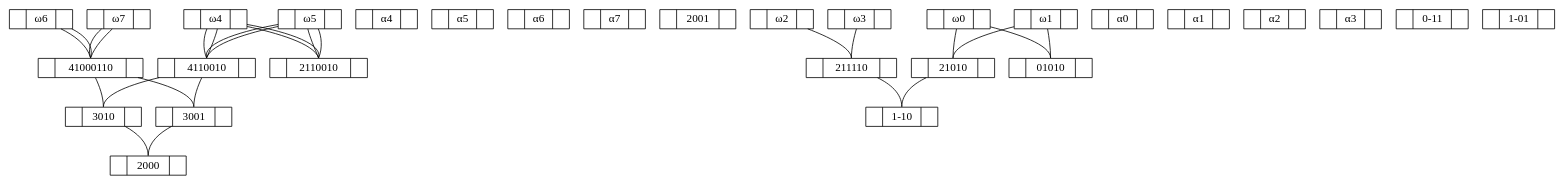
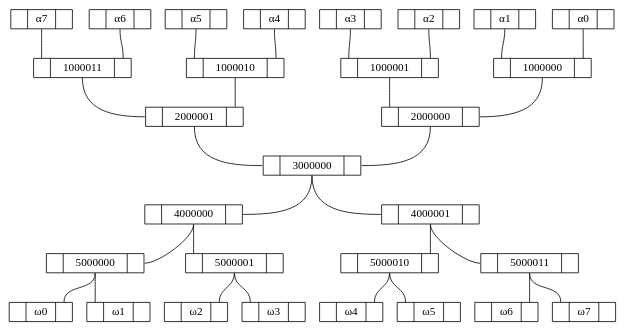
Before and after one commit to grootstebozewolf/networks: the diagram in 8 binairy tree general.gv.dot, drawn with Graphviz. The commit also changed 7 other files, not shown here.

```diff
--- a/8 binairy tree general.gv.dot
+++ b/8 binairy tree general.gv.dot
@@ -1,178 +1,180 @@
 graph "8 binairy tree general" {
-	graph [bb="0,0,1774,204"];
+	graph [bb="0,0,710,384"];
 	node [height=.1,
 		label="\N",
 		shape=record
 	];
-	3010	 [height=0.33333,
-		label="<f0> |<f1> 3010|<f2>",
-		pos="113.5,72",
-		rects="71.5,60.5,91.5,83.5 91.5,60.5,135.5,83.5 135.5,60.5,155.5,83.5",
-		width=1.1667];
-	2000	 [height=0.33333,
-		label="<f0> |<f1> 2000|<f2>",
-		pos="164.5,12",
-		rects="122.5,0.5,142.5,23.5 142.5,0.5,186.5,23.5 186.5,0.5,206.5,23.5",
-		width=1.1667];
-	3010 -- 2000:f1	 [pos="136.61,60.495 150.11,52.616 164.5,40.375 164.5,24"];
-	4110010	 [height=0.33333,
-		label="<f0> |<f1> 4110010|<f2>",
-		pos="227.5,132",
-		rects="175.5,120.5,195.5,143.5 195.5,120.5,259.5,143.5 259.5,120.5,279.5,143.5",
+	α000000	 [height=0.33333,
+		label="<f0> |<f1> α0|<f2>",
+		pos="666.5,372",
+		rects="631,360.5,651,383.5 651,360.5,682,383.5 682,360.5,702,383.5",
+		width=0.98611];
+	1000000	 [height=0.33333,
+		label="<f0> |<f1> 1000000|<f2>",
+		pos="619.5,312",
+		rects="567.5,300.5,587.5,323.5 587.5,300.5,651.5,323.5 651.5,300.5,671.5,323.5",
 		width=1.4444];
-	4110010 -- 3010:f1	 [pos="180.14,120.47 148.82,112.09 113.5,99.253 113.5,84"];
-	3001	 [height=0.33333,
-		label="<f0> |<f1> 3001|<f2>",
-		pos="215.5,72",
-		rects="173.5,60.5,193.5,83.5 193.5,60.5,237.5,83.5 237.5,60.5,257.5,83.5",
-		width=1.1667];
-	4110010 -- 3001:f1	 [pos="223.17,120.37 219.73,110.97 215.5,96.801 215.5,84"];
-	ω100	 [height=0.33333,
+	α000000:f1 -- 1000000:f2	 [pos="666.5,360 666.5,343.85 661.5,340.15 661.5,324"];
+	2000000	 [height=0.33333,
+		label="<f0> |<f1> 2000000|<f2>",
+		pos="485.5,252",
+		rects="433.5,240.5,453.5,263.5 453.5,240.5,517.5,263.5 517.5,240.5,537.5,263.5",
+		width=1.4444];
+	1000000:f1 -- 2000000:f2	 [pos="619.5,300 619.5,258.15 580.35,252 538.5,252"];
+	α000001	 [height=0.33333,
+		label="<f0> |<f1> α1|<f2>",
+		pos="577.5,372",
+		rects="542,360.5,562,383.5 562,360.5,593,383.5 593,360.5,613,383.5",
+		width=0.98611];
+	α000001:f1 -- 1000000:f0	 [pos="577.5,360 577.5,344 577.5,340 577.5,324"];
+	α000010	 [height=0.33333,
+		label="<f0> |<f1> α2|<f2>",
+		pos="488.5,372",
+		rects="453,360.5,473,383.5 473,360.5,504,383.5 504,360.5,524,383.5",
+		width=0.98611];
+	1000001	 [height=0.33333,
+		label="<f0> |<f1> 1000001|<f2>",
+		pos="443.5,312",
+		rects="391.5,300.5,411.5,323.5 411.5,300.5,475.5,323.5 475.5,300.5,495.5,323.5",
+		width=1.4444];
+	α000010:f1 -- 1000001:f2	 [pos="488.5,360 488.5,343.94 485.5,340.06 485.5,324"];
+	1000001:f1 -- 2000000:f0	 [pos="443.5,300 443.5,284 443.5,280 443.5,264"];
+	α000011	 [height=0.33333,
+		label="<f0> |<f1> α3|<f2>",
+		pos="399.5,372",
+		rects="364,360.5,384,383.5 384,360.5,415,383.5 415,360.5,435,383.5",
+		width=0.98611];
+	α000011:f1 -- 1000001:f0	 [pos="399.5,360 399.5,343.98 401.5,340.02 401.5,324"];
+	α000100	 [height=0.33333,
+		label="<f0> |<f1> α4|<f2>",
+		pos="310.5,372",
+		rects="275,360.5,295,383.5 295,360.5,326,383.5 326,360.5,346,383.5",
+		width=0.98611];
+	1000010	 [height=0.33333,
+		label="<f0> |<f1> 1000010|<f2>",
+		pos="265.5,312",
+		rects="213.5,300.5,233.5,323.5 233.5,300.5,297.5,323.5 297.5,300.5,317.5,323.5",
+		width=1.4444];
+	α000100:f1 -- 1000010:f2	 [pos="310.5,360 310.5,343.94 307.5,340.06 307.5,324"];
+	2000001	 [height=0.33333,
+		label="<f0> |<f1> 2000001|<f2>",
+		pos="223.5,252",
+		rects="171.5,240.5,191.5,263.5 191.5,240.5,255.5,263.5 255.5,240.5,275.5,263.5",
+		width=1.4444];
+	1000010:f1 -- 2000001:f2	 [pos="265.5,300 265.5,284 265.5,280 265.5,264"];
+	α000101	 [height=0.33333,
+		label="<f0> |<f1> α5|<f2>",
+		pos="221.5,372",
+		rects="186,360.5,206,383.5 206,360.5,237,383.5 237,360.5,257,383.5",
+		width=0.98611];
+	α000101:f1 -- 1000010:f0	 [pos="221.5,360 221.5,343.98 223.5,340.02 223.5,324"];
+	α000110	 [height=0.33333,
+		label="<f0> |<f1> α6|<f2>",
+		pos="132.5,372",
+		rects="97,360.5,117,383.5 117,360.5,148,383.5 148,360.5,168,383.5",
+		width=0.98611];
+	1000011	 [height=0.33333,
+		label="<f0> |<f1> 1000011|<f2>",
+		pos="90.5,312",
+		rects="38.5,300.5,58.5,323.5 58.5,300.5,122.5,323.5 122.5,300.5,142.5,323.5",
+		width=1.4444];
+	α000110:f1 -- 1000011:f2	 [pos="132.5,360 132.5,344 132.5,340 132.5,324"];
+	1000011:f1 -- 2000001:f0	 [pos="90.5,300 90.5,258.54 129.04,252 170.5,252"];
+	α000111	 [height=0.33333,
+		label="<f0> |<f1> α7|<f2>",
+		pos="43.5,372",
+		rects="8,360.5,28,383.5 28,360.5,59,383.5 59,360.5,79,383.5",
+		width=0.98611];
+	α000111:f1 -- 1000011:f0	 [pos="43.5,360 43.5,343.85 48.5,340.15 48.5,324"];
+	ω000000	 [height=0.33333,
+		label="<f0> |<f1> ω0|<f2>",
+		pos="36.5,12",
+		rects="0,0.5,20,23.5 20,0.5,53,23.5 53,0.5,73,23.5",
+		width=1.0139];
+	ω000001	 [height=0.33333,
+		label="<f0> |<f1> ω1|<f2>",
+		pos="127.5,12",
+		rects="91,0.5,111,23.5 111,0.5,144,23.5 144,0.5,164,23.5",
+		width=1.0139];
+	ω000010	 [height=0.33333,
+		label="<f0> |<f1> ω2|<f2>",
+		pos="218.5,12",
+		rects="182,0.5,202,23.5 202,0.5,235,23.5 235,0.5,255,23.5",
+		width=1.0139];
+	ω000011	 [height=0.33333,
+		label="<f0> |<f1> ω3|<f2>",
+		pos="309.5,12",
+		rects="273,0.5,293,23.5 293,0.5,326,23.5 326,0.5,346,23.5",
+		width=1.0139];
+	ω000100	 [height=0.33333,
 		label="<f0> |<f1> ω4|<f2>",
-		pos="235.5,192",
-		rects="199,180.5,219,203.5 219,180.5,252,203.5 252,180.5,272,203.5",
+		pos="400.5,12",
+		rects="364,0.5,384,23.5 384,0.5,417,23.5 417,0.5,437,23.5",
 		width=1.0139];
-	ω100 -- 4110010:f1	 [pos="226.1,180.26 222.81,170.79 222.16,156.58 227.5,144"];
-	ω100 -- 4110010:f1	 [pos="239.12,180.26 237.85,170.87 232.92,156.8 227.63,144.3"];
-	2110010	 [height=0.33333,
-		label="<f0> |<f1> 2110010|<f2>",
-		pos="349.5,132",
-		rects="297.5,120.5,317.5,143.5 317.5,120.5,381.5,143.5 381.5,120.5,401.5,143.5",
+	ω000101	 [height=0.33333,
+		label="<f0> |<f1> ω5|<f2>",
+		pos="491.5,12",
+		rects="455,0.5,475,23.5 475,0.5,508,23.5 508,0.5,528,23.5",
+		width=1.0139];
+	ω000110	 [height=0.33333,
+		label="<f0> |<f1> ω6|<f2>",
+		pos="582.5,12",
+		rects="546,0.5,566,23.5 566,0.5,599,23.5 599,0.5,619,23.5",
+		width=1.0139];
+	ω000111	 [height=0.33333,
+		label="<f0> |<f1> ω7|<f2>",
+		pos="673.5,12",
+		rects="637,0.5,657,23.5 657,0.5,690,23.5 690,0.5,710,23.5",
+		width=1.0139];
+	3000000	 [height=0.33333,
+		label="<f0> |<f1> 3000000|<f2>",
+		pos="354.5,192",
+		rects="302.5,180.5,322.5,203.5 322.5,180.5,386.5,203.5 386.5,180.5,406.5,203.5",
 		width=1.4444];
-	ω100 -- 2110010:f1	 [pos="272.03,181.59 303.45,173.25 344.26,159.95 349.5,144"];
-	ω100 -- 2110010:f1	 [pos="272.11,184.67 307.5,176.84 354.7,162.32 349.63,144.42"];
-	ω101	 [height=0.33333,
-		label="<f0> |<f1> ω5|<f2>",
-		pos="341.5,192",
-		rects="305,180.5,325,203.5 325,180.5,358,203.5 358,180.5,378,203.5",
-		width=1.0139];
-	ω101 -- 4110010:f1	 [pos="304.89,184.67 269.22,176.78 221.56,162.09 227.5,144"];
-	ω101 -- 4110010:f1	 [pos="304.97,181.59 273.79,173.32 233.38,160.16 227.63,144.37"];
-	ω101 -- 2110010:f1	 [pos="337.88,180.26 339.17,170.79 344.16,156.58 349.5,144"];
-	ω101 -- 2110010:f1	 [pos="350.9,180.26 354.17,170.87 354.83,156.8 349.62,144.3"];
-	α100	 [height=0.33333,
-		label="<f0> |<f1> α4|<f2>",
-		pos="431.5,192",
-		rects="396,180.5,416,203.5 416,180.5,447,203.5 447,180.5,467,203.5",
-		width=0.98611];
-	α101	 [height=0.33333,
-		label="<f0> |<f1> α5|<f2>",
-		pos="520.5,192",
-		rects="485,180.5,505,203.5 505,180.5,536,203.5 536,180.5,556,203.5",
-		width=0.98611];
-	41000110	 [height=0.33333,
-		label="<f0> |<f1> 41000110|<f2>",
-		pos="101.5,132",
-		rects="46,120.5,66,143.5 66,120.5,137,143.5 137,120.5,157,143.5",
-		width=1.5417];
-	41000110 -- 3010:f1	 [pos="105.83,120.37 109.27,110.97 113.5,96.801 113.5,84"];
-	41000110 -- 3001:f1	 [pos="148.86,120.47 180.18,112.09 215.5,99.253 215.5,84"];
-	ω110	 [height=0.33333,
-		label="<f0> |<f1> ω6|<f2>",
-		pos="36.5,192",
-		rects="0,180.5,20,203.5 20,180.5,53,203.5 53,180.5,73,203.5",
-		width=1.0139];
-	ω110 -- 41000110:f1	 [pos="63.396,180.35 79.359,173.02 97.105,161.41 101.5,144"];
-	ω110 -- 41000110:f1	 [pos="73.066,182.03 90.278,174.9 106,162.99 101.61,144.44"];
-	ω111	 [height=0.33333,
-		label="<f0> |<f1> ω7|<f2>",
-		pos="127.5,192",
-		rects="91,180.5,111,203.5 111,180.5,144,203.5 144,180.5,164,203.5",
-		width=1.0139];
-	ω111 -- 41000110:f1	 [pos="110.94,180.33 102.79,171.35 96.297,157.8 101.5,144"];
-	ω111 -- 41000110:f1	 [pos="124.11,180.33 117.64,171.42 106.87,158.01 101.62,144.32"];
-	α110	 [height=0.33333,
-		label="<f0> |<f1> α6|<f2>",
-		pos="609.5,192",
-		rects="574,180.5,594,203.5 594,180.5,625,203.5 625,180.5,645,203.5",
-		width=0.98611];
-	α111	 [height=0.33333,
-		label="<f0> |<f1> α7|<f2>",
-		pos="698.5,192",
-		rects="663,180.5,683,203.5 683,180.5,714,203.5 714,180.5,734,203.5",
-		width=0.98611];
-	2001	 [height=0.33333,
-		label="<f0> |<f1> 2001|<f2>",
-		pos="794.5,192",
-		rects="752.5,180.5,772.5,203.5 772.5,180.5,816.5,203.5 816.5,180.5,836.5,203.5",
-		width=1.1667];
-	3001 -- 2000:f1	 [pos="192.39,60.495 178.89,52.616 164.5,40.375 164.5,24"];
-	21010	 [height=0.33333,
-		label="<f0> |<f1> 21010|<f2>",
-		pos="1083.5,132",
-		rects="1038.5,120.5,1058.5,143.5 1058.5,120.5,1108.5,143.5 1108.5,120.5,1128.5,143.5",
-		width=1.25];
-	"1-10"	 [height=0.33333,
-		label="<f0> |<f1> 1-10|<f2>",
-		pos="1027.5,72",
-		rects="987,60.5,1007,83.5 1007,60.5,1048,83.5 1048,60.5,1068,83.5",
-		width=1.125];
-	21010 -- "1-10":f1	 [pos="1056.8,120.39 1042.4,112.73 1027.5,100.75 1027.5,84"];
-	ω000	 [height=0.33333,
-		label="<f0> |<f1> ω0|<f2>",
-		pos="1088.5,192",
-		rects="1052,180.5,1072,203.5 1072,180.5,1105,203.5 1105,180.5,1125,203.5",
-		width=1.0139];
-	ω000 -- 21010:f1	 [pos="1086.7,180.21 1085.3,170.7 1083.5,156.47 1083.5,144"];
-	01010	 [height=0.33333,
-		label="<f0> |<f1> 01010|<f2>",
-		pos="1191.5,132",
-		rects="1146.5,120.5,1166.5,143.5 1166.5,120.5,1216.5,143.5 1216.5,120.5,1236.5,143.5",
-		width=1.25];
-	ω000 -- 01010:f1	 [pos="1125.1,181.6 1154.7,172.89 1191.5,159.04 1191.5,144"];
-	ω001	 [height=0.33333,
-		label="<f0> |<f1> ω1|<f2>",
-		pos="1183.5,192",
-		rects="1147,180.5,1167,203.5 1167,180.5,1200,203.5 1200,180.5,1220,203.5",
-		width=1.0139];
-	ω001 -- 21010:f1	 [pos="1146.8,181.08 1118.3,172.23 1083.5,158.48 1083.5,144"];
-	ω001 -- 01010:f1	 [pos="1186.4,180.26 1188.7,170.79 1191.5,156.58 1191.5,144"];
-	α000	 [height=0.33333,
-		label="<f0> |<f1> α0|<f2>",
-		pos="1273.5,192",
-		rects="1238,180.5,1258,203.5 1258,180.5,1289,203.5 1289,180.5,1309,203.5",
-		width=0.98611];
-	α001	 [height=0.33333,
-		label="<f0> |<f1> α1|<f2>",
-		pos="1362.5,192",
-		rects="1327,180.5,1347,203.5 1347,180.5,1378,203.5 1378,180.5,1398,203.5",
-		width=0.98611];
-	211110	 [height=0.33333,
-		label="<f0> |<f1> 211110|<f2>",
-		pos="971.5,132",
-		rects="923,120.5,943,143.5 943,120.5,1000,143.5 1000,120.5,1020,143.5",
-		width=1.3472];
-	211110 -- "1-10":f1	 [pos="998.19,120.39 1012.6,112.73 1027.5,100.75 1027.5,84"];
-	ω010	 [height=0.33333,
-		label="<f0> |<f1> ω2|<f2>",
-		pos="891.5,192",
-		rects="855,180.5,875,203.5 875,180.5,908,203.5 908,180.5,928,203.5",
-		width=1.0139];
-	ω010 -- 211110:f1	 [pos="919.48,180.47 942.55,170.89 971.5,156.4 971.5,144"];
-	ω011	 [height=0.33333,
-		label="<f0> |<f1> ω3|<f2>",
-		pos="982.5,192",
-		rects="946,180.5,966,203.5 966,180.5,999,203.5 999,180.5,1019,203.5",
-		width=1.0139];
-	ω011 -- 211110:f1	 [pos="978.53,180.34 975.38,170.92 971.5,156.74 971.5,144"];
-	α010	 [height=0.33333,
-		label="<f0> |<f1> α2|<f2>",
-		pos="1451.5,192",
-		rects="1416,180.5,1436,203.5 1436,180.5,1467,203.5 1467,180.5,1487,203.5",
-		width=0.98611];
-	α011	 [height=0.33333,
-		label="<f0> |<f1> α3|<f2>",
-		pos="1540.5,192",
-		rects="1505,180.5,1525,203.5 1525,180.5,1556,203.5 1556,180.5,1576,203.5",
-		width=0.98611];
-	"0-11"	 [height=0.33333,
-		label="<f0> |<f1> 0-11|<f2>",
-		pos="1634.5,192",
-		rects="1594,180.5,1614,203.5 1614,180.5,1655,203.5 1655,180.5,1675,203.5",
-		width=1.125];
-	"1-01"	 [height=0.33333,
-		label="<f0> |<f1> 1-01|<f2>",
-		pos="1733.5,192",
-		rects="1693,180.5,1713,203.5 1713,180.5,1754,203.5 1754,180.5,1774,203.5",
-		width=1.125];
+	2000000:f1 -- 3000000:f2	 [pos="485.5,240 485.5,199.3 448.2,192 407.5,192"];
+	2000001:f1 -- 3000000:f0	 [pos="223.5,240 223.5,199.3 260.8,192 301.5,192"];
+	5000000	 [height=0.33333,
+		label="<f0> |<f1> 5000000|<f2>",
+		pos="100.5,72",
+		rects="48.5,60.5,68.5,83.5 68.5,60.5,132.5,83.5 132.5,60.5,152.5,83.5",
+		width=1.4444];
+	5000000:f1 -- ω000000:f2	 [pos="100.5,60 100.5,37.056 63.5,46.944 63.5,24"];
+	5000000:f1 -- ω000001:f0	 [pos="100.5,60 100.5,44 100.5,40 100.5,24"];
+	5000001	 [height=0.33333,
+		label="<f0> |<f1> 5000001|<f2>",
+		pos="263.5,72",
+		rects="211.5,60.5,231.5,83.5 231.5,60.5,295.5,83.5 295.5,60.5,315.5,83.5",
+		width=1.4444];
+	5000001:f1 -- ω000010:f2	 [pos="263.5,60 263.5,42.111 245.5,41.889 245.5,24"];
+	5000001:f1 -- ω000011:f0	 [pos="263.5,60 263.5,41.908 282.5,42.092 282.5,24"];
+	5000010	 [height=0.33333,
+		label="<f0> |<f1> 5000010|<f2>",
+		pos="445.5,72",
+		rects="393.5,60.5,413.5,83.5 413.5,60.5,477.5,83.5 477.5,60.5,497.5,83.5",
+		width=1.4444];
+	5000010:f1 -- ω000100:f2	 [pos="445.5,60 445.5,42.111 427.5,41.889 427.5,24"];
+	5000010:f1 -- ω000101:f0	 [pos="445.5,60 445.5,41.908 464.5,42.092 464.5,24"];
+	5000011	 [height=0.33333,
+		label="<f0> |<f1> 5000011|<f2>",
+		pos="609.5,72",
+		rects="557.5,60.5,577.5,83.5 577.5,60.5,641.5,83.5 641.5,60.5,661.5,83.5",
+		width=1.4444];
+	5000011:f1 -- ω000110:f2	 [pos="609.5,60 609.5,44 609.5,40 609.5,24"];
+	5000011:f1 -- ω000111:f0	 [pos="609.5,60 609.5,37.056 646.5,46.944 646.5,24"];
+	4000000	 [height=0.33333,
+		label="<f0> |<f1> 4000000|<f2>",
+		pos="221.5,132",
+		rects="169.5,120.5,189.5,143.5 189.5,120.5,253.5,143.5 253.5,120.5,273.5,143.5",
+		width=1.4444];
+	3000000:f1 -- 4000000:f2	 [pos="354.5,180 354.5,138.54 315.96,132 274.5,132"];
+	4000001	 [height=0.33333,
+		label="<f0> |<f1> 4000001|<f2>",
+		pos="487.5,132",
+		rects="435.5,120.5,455.5,143.5 455.5,120.5,519.5,143.5 519.5,120.5,539.5,143.5",
+		width=1.4444];
+	3000000:f1 -- 4000001:f0	 [pos="354.5,180 354.5,138.54 393.04,132 434.5,132"];
+	4000000:f1 -- 5000000:f2	 [pos="221.5,120 221.5,101.5 172,72 153.5,72"];
+	4000000:f1 -- 5000001:f0	 [pos="221.5,120 221.5,104 221.5,100 221.5,84"];
+	4000001:f1 -- 5000010:f2	 [pos="487.5,120 487.5,104 487.5,100 487.5,84"];
+	4000001:f1 -- 5000011:f0	 [pos="487.5,120 487.5,101.32 537.82,72 556.5,72"];
 }
```
